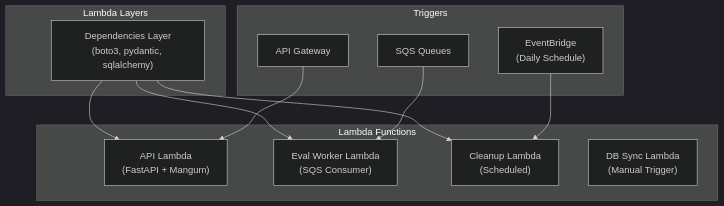
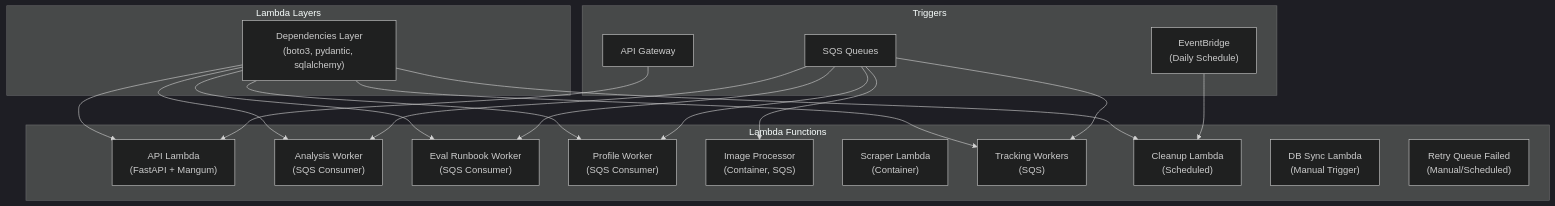
Before and after one commit to markthebest12/bluemoxon: the second of 10 diagrams in docs/ARCHITECTURE.md, drawn with Mermaid (dark theme). The commit also changed other lines of this file and 10 other files, not shown here.

````diff
--- a/docs/ARCHITECTURE.md
+++ b/docs/ARCHITECTURE.md
@@ -147,27 +162,40 @@
 ```mermaid
 flowchart TB
     subgraph Layers["Lambda Layers"]
         deps["Dependencies Layer<br/>(boto3, pydantic, sqlalchemy)"]
     end
 
     subgraph Lambdas["Lambda Functions"]
         api["API Lambda<br/>(FastAPI + Mangum)"]
-        worker["Eval Worker Lambda<br/>(SQS Consumer)"]
+        analysis["Analysis Worker<br/>(SQS Consumer)"]
+        eval["Eval Runbook Worker<br/>(SQS Consumer)"]
+        profile["Profile Worker<br/>(SQS Consumer)"]
+        imgproc["Image Processor<br/>(Container, SQS)"]
+        scraper["Scraper Lambda<br/>(Container)"]
+        tracking["Tracking Workers<br/>(SQS)"]
         cleanup["Cleanup Lambda<br/>(Scheduled)"]
         dbsync["DB Sync Lambda<br/>(Manual Trigger)"]
+        retry["Retry Queue Failed<br/>(Manual/Scheduled)"]
     end
 
     subgraph Triggers["Triggers"]
         apigw["API Gateway"]
         sqs["SQS Queues"]
         eventbridge["EventBridge<br/>(Daily Schedule)"]
     end
 
     deps --> api
-    deps --> worker
+    deps --> analysis
+    deps --> eval
+    deps --> profile
     deps --> cleanup
+    deps --> tracking
 
     apigw --> api
-    sqs --> worker
+    sqs --> analysis
+    sqs --> eval
+    sqs --> profile
+    sqs --> imgproc
+    sqs --> tracking
     eventbridge --> cleanup
 ```
````
